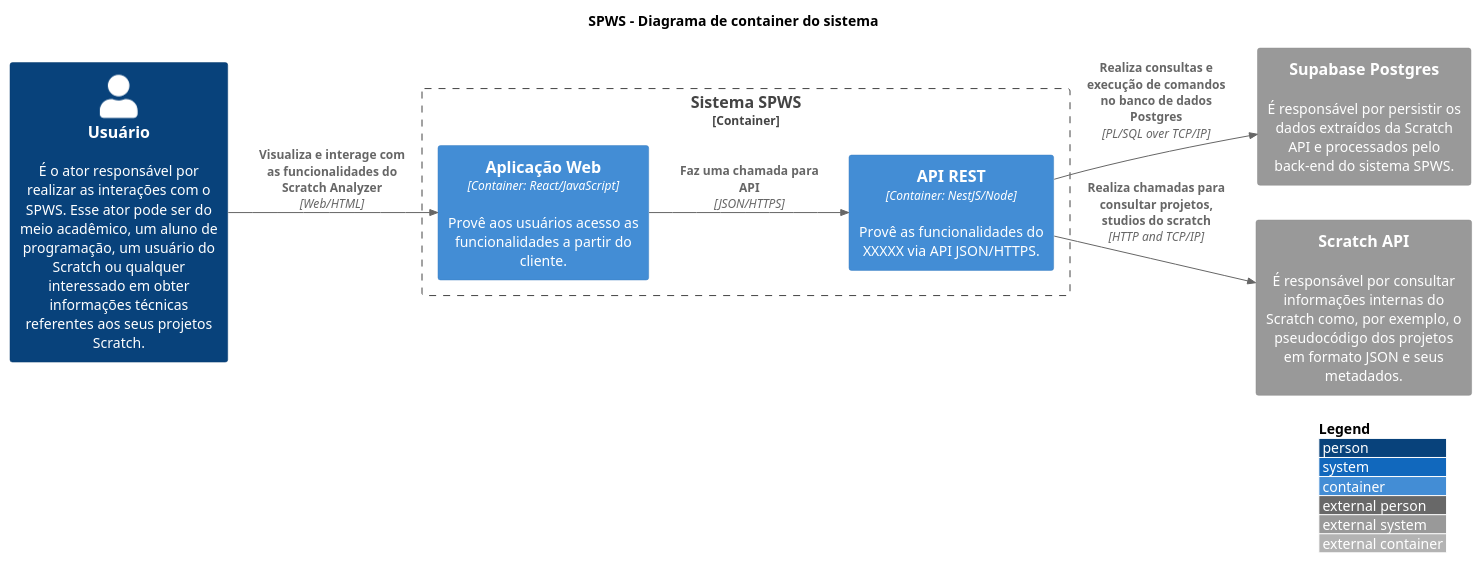
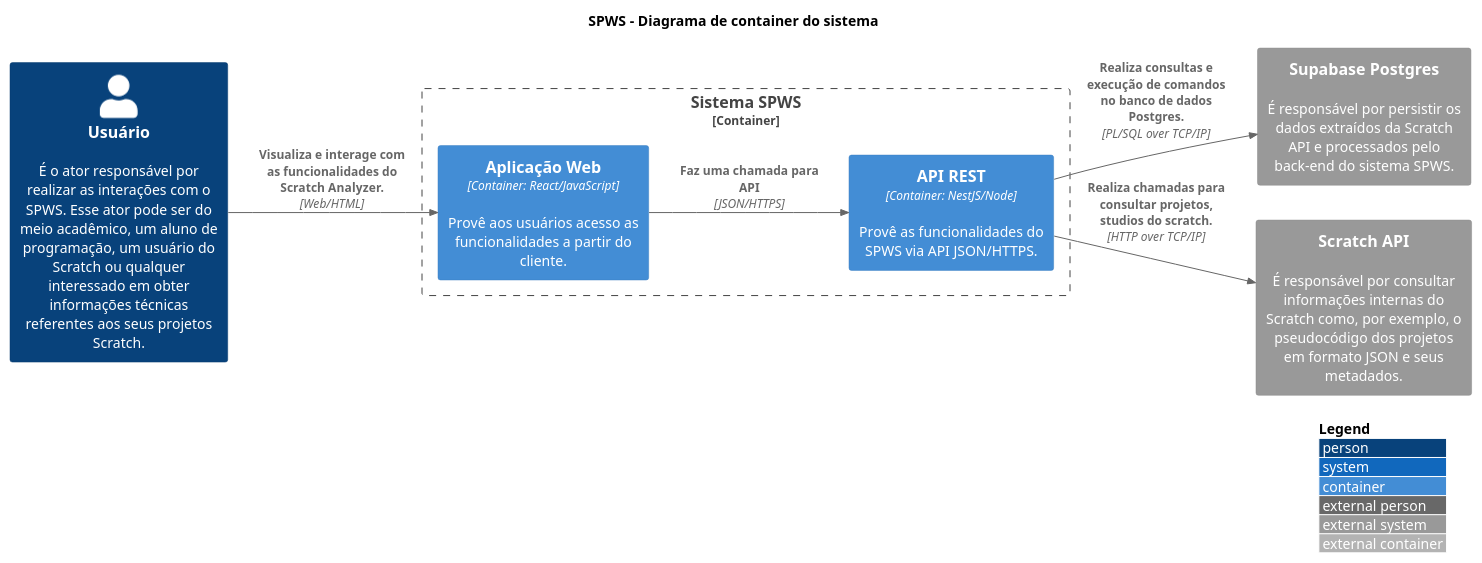
The diagram in pages/C1. Visão Geral/C2. Sistema/containers.puml (MurylloEx/ml-scratch-webcrawler-docs), drawn with PlantUML before and after one commit. The commit also changed 2 other files, not shown here.

```diff
--- a/pages/C1. Visão Geral/C2. Sistema/containers.puml
+++ b/pages/C1. Visão Geral/C2. Sistema/containers.puml
@@ -1,28 +1,28 @@
 @startuml "Container Diagram"
 
 title "SPWS - Diagrama de container do sistema"
 
 !include https://raw.githubusercontent.com/adrianvlupu/C4-PlantUML/latest/C4_Container.puml
 
 LAYOUT_WITH_LEGEND()
 LAYOUT_LEFT_RIGHT()
 
 skinparam backgroundcolor transparent
 
 Person(ActorUser, "Usuário", "É o ator responsável por realizar as interações com o SPWS. Esse ator pode ser do meio acadêmico, um aluno de programação, um usuário do Scratch ou qualquer interessado em obter informações técnicas referentes aos seus projetos Scratch.")
 
 Container_Boundary(SystemSejaUPE, "Sistema SPWS") {
   Container(ContainerWebApp, "Aplicação Web", "Container: React/JavaScript", "Provê aos usuários acesso as funcionalidades a partir do cliente.")
-  Container(ContainerServerApi, "API REST", "Container: NestJS/Node", "Provê as funcionalidades do XXXXX via API JSON/HTTPS.")
+  Container(ContainerServerApi, "API REST", "Container: NestJS/Node", "Provê as funcionalidades do SPWS via API JSON/HTTPS.")
   
   Rel(ContainerWebApp, ContainerServerApi, "Faz uma chamada para API", "JSON/HTTPS")
 }
 
 System_Ext(SystemSupabase, "Supabase Postgres", "É responsável por persistir os dados extraídos da Scratch API e processados pelo back-end do sistema SPWS.")
 System_Ext(SystemScratchApi, "Scratch API", "É responsável por consultar informações internas do Scratch como, por exemplo, o pseudocódigo dos projetos em formato JSON e seus metadados.")
 
-Rel(ActorUser, ContainerWebApp, "Visualiza e interage com as funcionalidades do Scratch Analyzer", "Web/HTML")
-Rel(ContainerServerApi, SystemSupabase, "Realiza consultas e execução de comandos no banco de dados Postgres", "PL/SQL over TCP/IP")
-Rel(ContainerServerApi, SystemScratchApi, "Realiza chamadas para consultar projetos, studios do scratch", "HTTP and TCP/IP")
+Rel(ActorUser, ContainerWebApp, "Visualiza e interage com as funcionalidades do Scratch Analyzer.", "Web/HTML")
+Rel(ContainerServerApi, SystemSupabase, "Realiza consultas e execução de comandos no banco de dados Postgres.", "PL/SQL over TCP/IP")
+Rel(ContainerServerApi, SystemScratchApi, "Realiza chamadas para consultar projetos, studios do scratch.", "HTTP over TCP/IP")
 
 @enduml
```
